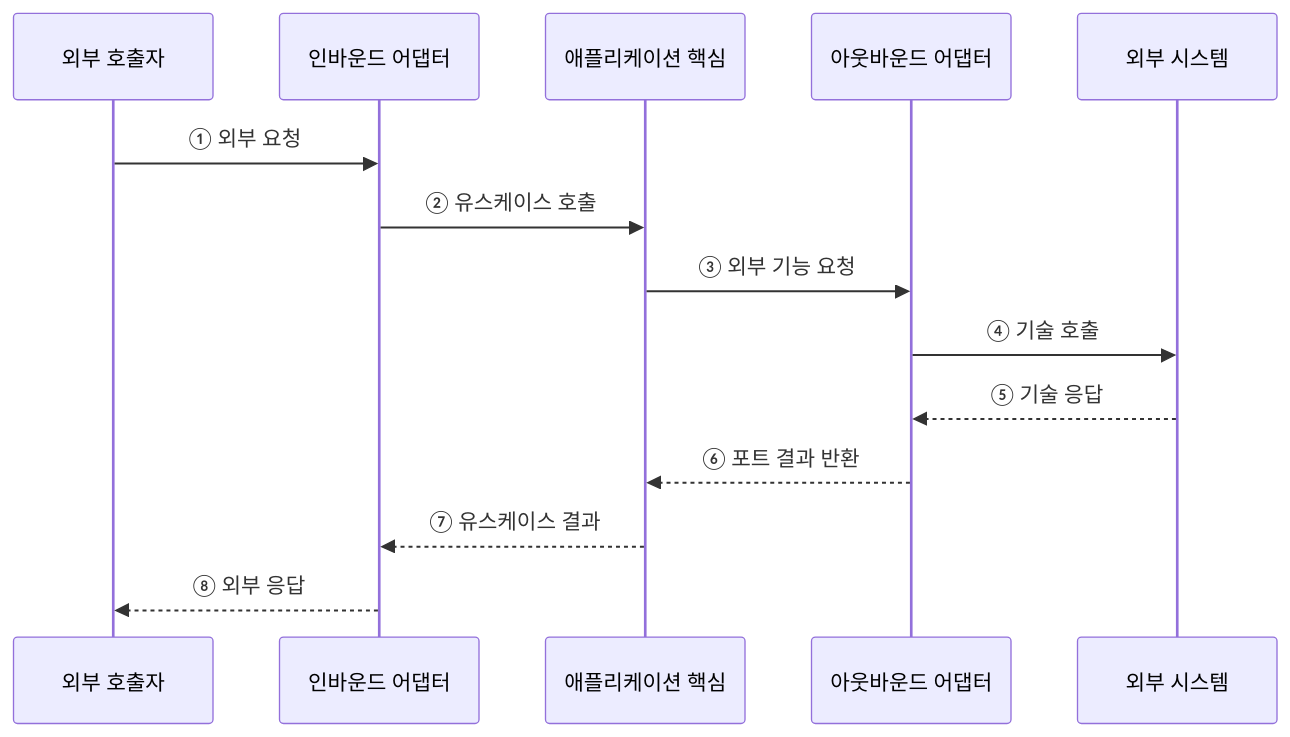
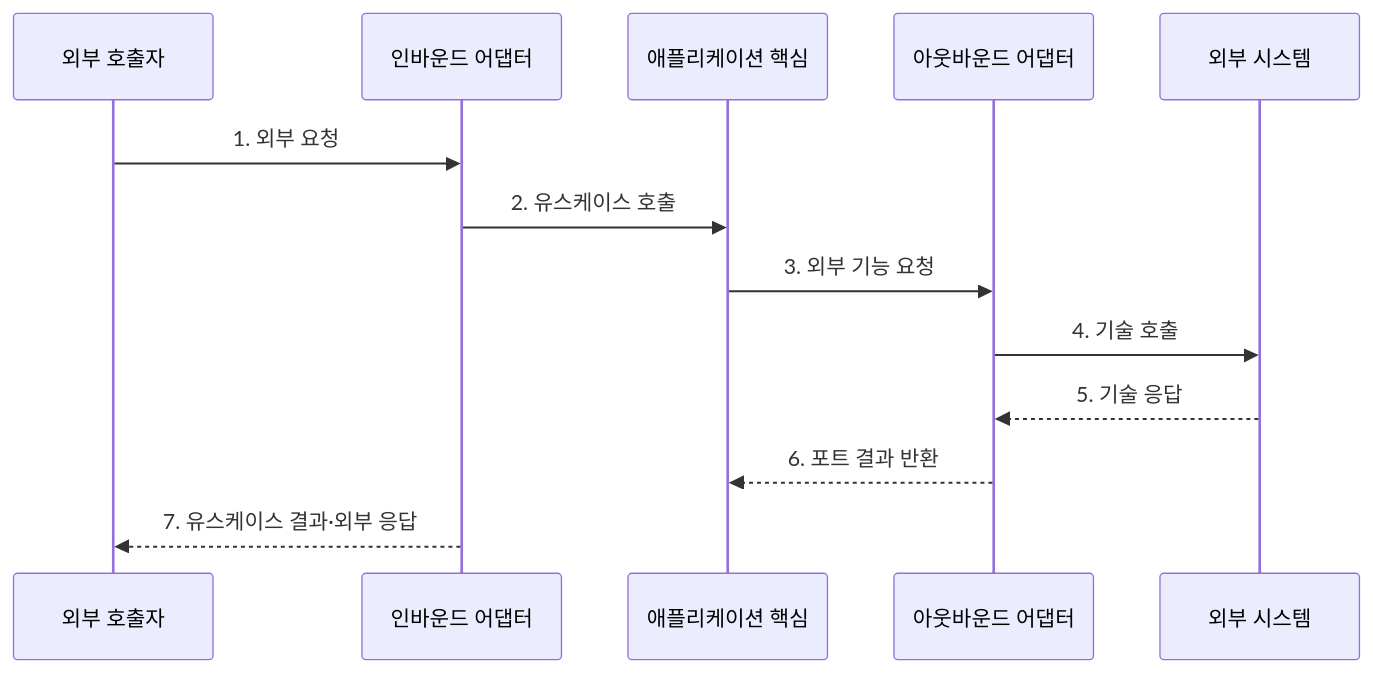
One commit to agnusdei1207/knowledge-base changed the second of 2 diagrams in src/content/docs/notes/03-software/048_hexagonal_architecture.md. Above: the diagram before and after it, drawn with Mermaid. The commit also changed other lines of this file and 20 other files, not shown here.

````diff
--- a/src/content/docs/notes/03-software/048_hexagonal_architecture.md
+++ b/src/content/docs/notes/03-software/048_hexagonal_architecture.md
@@ -84,16 +84,15 @@
 ```mermaid
 sequenceDiagram
     participant U as 외부 호출자
     participant I as 인바운드 어댑터
     participant C as 애플리케이션 핵심
     participant O as 아웃바운드 어댑터
     participant E as 외부 시스템
-    U->>I: ① 외부 요청
-    I->>C: ② 유스케이스 호출
-    C->>O: ③ 외부 기능 요청
-    O->>E: ④ 기술 호출
-    E-->>O: ⑤ 기술 응답
-    O-->>C: ⑥ 포트 결과 반환
-    C-->>I: ⑦ 유스케이스 결과
-    I-->>U: ⑧ 외부 응답
+    U->>I: 1. 외부 요청
+    I->>C: 2. 유스케이스 호출
+    C->>O: 3. 외부 기능 요청
+    O->>E: 4. 기술 호출
+    E-->>O: 5. 기술 응답
+    O-->>C: 6. 포트 결과 반환
+    I-->>U: 7. 유스케이스 결과·외부 응답
 ```
````
